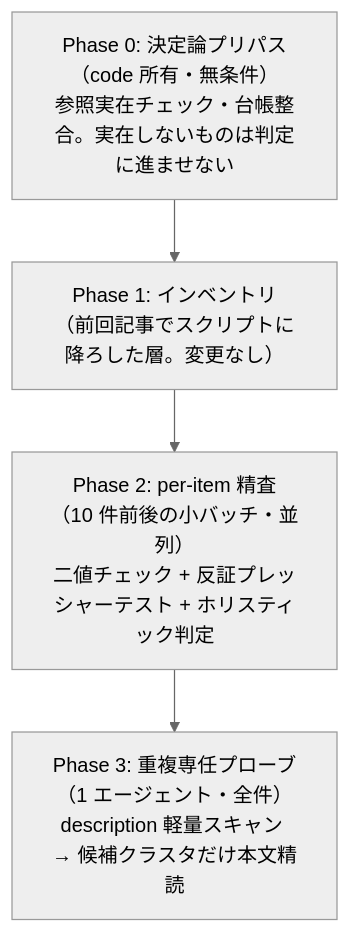
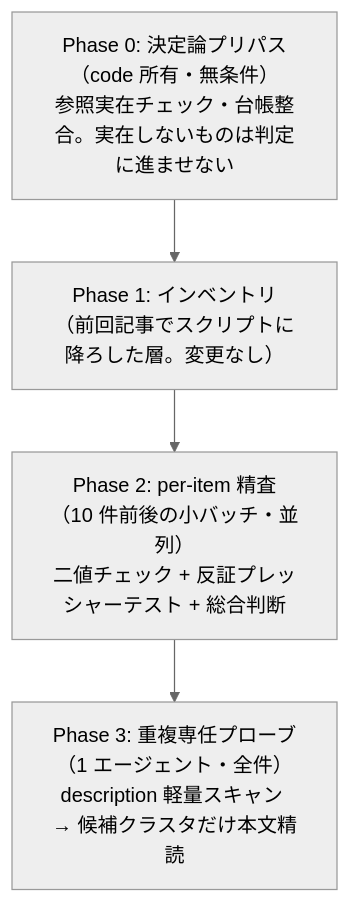
The second of 2 diagrams in articles/llm-judge-checks-not-scores.md (shimo4228/zenn-content), drawn with Mermaid (neutral theme) before and after one commit. The commit also changed other lines of this file, not shown here.

Commit message:
refactor(article): ホリスティック→総合判断 に日本語化（タイトル含む。前提の用語欄で holistic との対応を明示、引用原文のみ英語残置）

````diff
--- a/articles/llm-judge-checks-not-scores.md
+++ b/articles/llm-judge-checks-not-scores.md
@@ -218,8 +219,8 @@
 ```mermaid
 flowchart TB
     P0["Phase 0: 決定論プリパス（code 所有・無条件）<br>参照実在チェック・台帳整合。実在しないものは判定に進ませない"]
     P1["Phase 1: インベントリ<br>（前回記事でスクリプトに降ろした層。変更なし）"]
-    P2["Phase 2: per-item 精査（10 件前後の小バッチ・並列）<br>二値チェック + 反証プレッシャーテスト + ホリスティック判定"]
+    P2["Phase 2: per-item 精査（10 件前後の小バッチ・並列）<br>二値チェック + 反証プレッシャーテスト + 総合判断"]
     P3["Phase 3: 重複専任プローブ（1 エージェント・全件）<br>description 軽量スキャン → 候補クラスタだけ本文精読"]
     P0 --> P1 --> P2 --> P3
 ```
````
